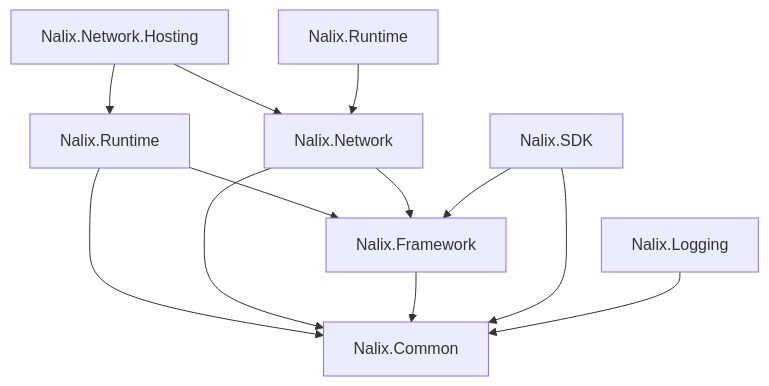
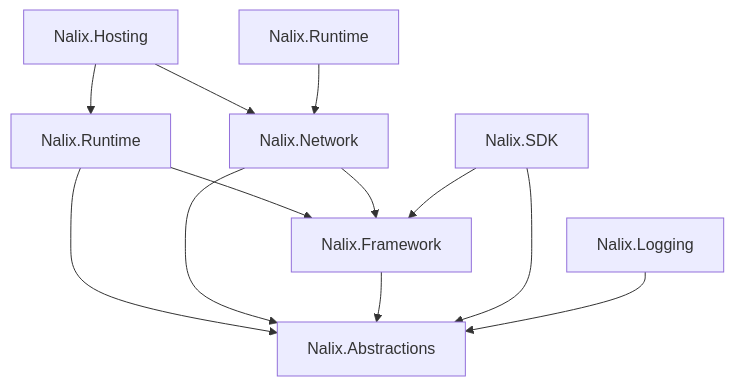
Before and after one commit to ppn-systems/Nalix: the second of 3 diagrams in docs/concepts/fundamentals/architecture.md, drawn with Mermaid. The commit also changed other lines of this file and 1038 other files, not shown here.

````diff
--- a/docs/concepts/fundamentals/architecture.md
+++ b/docs/concepts/fundamentals/architecture.md
@@ -25,14 +25,14 @@
 ```mermaid
 graph TD
-    Hosting["Nalix.Network.Hosting"] --> Network["Nalix.Network"]
+    Hosting["Nalix.Hosting"] --> Network["Nalix.Network"]
     Hosting --> Runtime["Nalix.Runtime"]
     Runtime --> Framework["Nalix.Framework"]
-    Runtime --> Common["Nalix.Common"]
+    Runtime --> Common["Nalix.Abstractions"]
     Network --> Framework
     Network --> Common
     Framework --> Common
     SDK["Nalix.SDK"] --> Framework
     SDK --> Common
     Pipeline["Nalix.Runtime"] --> Network
     Logging["Nalix.Logging"] --> Common
 ```
````
